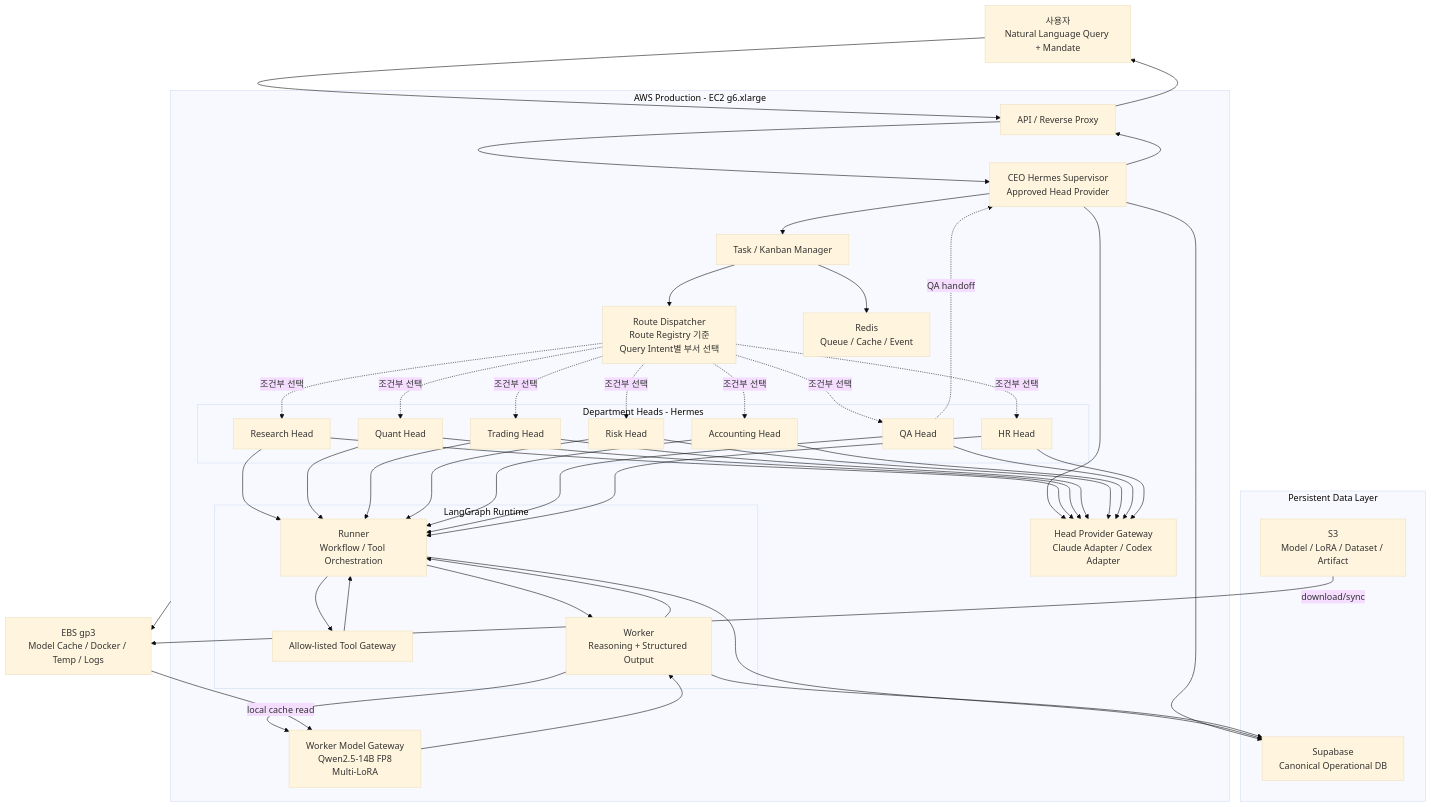
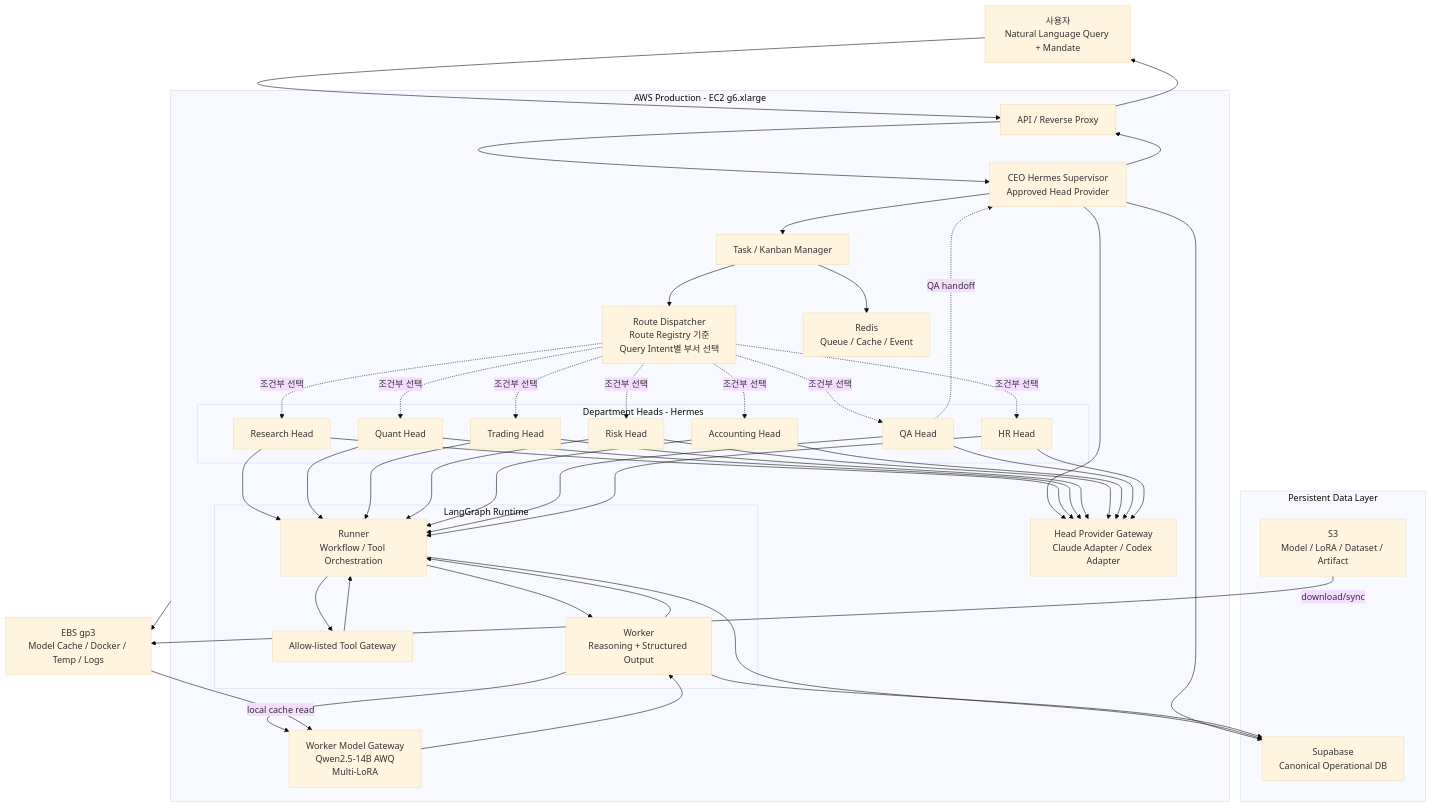
One commit to HgFinance/multi_agent changed the second of 3 diagrams in docs/02-engineering/FINAL_RUNTIME_ARCHITECTURE.md. Above: the diagram before and after it, drawn with Mermaid (base theme). The commit also changed other lines of this file and 4 other files, not shown here.

```diff
--- a/docs/02-engineering/FINAL_RUNTIME_ARCHITECTURE.md
+++ b/docs/02-engineering/FINAL_RUNTIME_ARCHITECTURE.md
@@ -203,7 +203,7 @@
         end
 
         HPG["Head Provider Gateway<br/>Claude Adapter / Codex Adapter"]
-        MODEL["Worker Model Gateway<br/>Qwen2.5-14B FP8<br/>Multi-LoRA"]
+MODEL["Worker Model Gateway<br/>Qwen2.5-14B AWQ<br/>Multi-LoRA"]
         REDIS["Redis<br/>Queue / Cache / Event"]
     end
 
```
